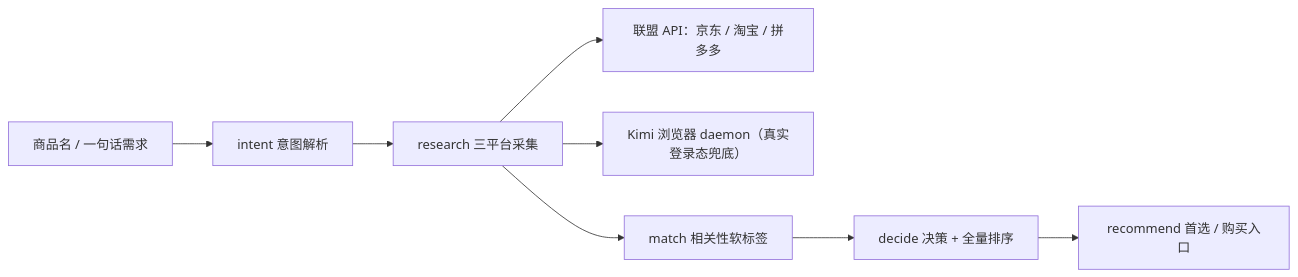
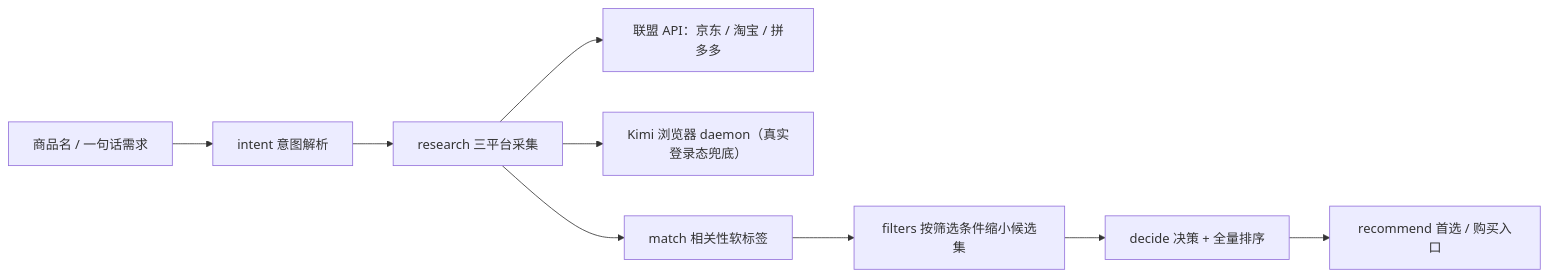
Before and after one commit to david-dev666/shopping-agent: the diagram in README.md, drawn with Mermaid. The commit also changed other lines of this file and 22 other files, not shown here.

````diff
--- a/README.md
+++ b/README.md
@@ -27,10 +31,11 @@
 ```mermaid
 flowchart LR
     Q["商品名 / 一句话需求"] --> I["intent 意图解析"]
     I --> R["research 三平台采集"]
     R --> A1["联盟 API：京东 / 淘宝 / 拼多多"]
     R --> A2["Kimi 浏览器 daemon（真实登录态兜底）"]
     R --> M["match 相关性软标签"]
-    M --> D["decide 决策 + 全量排序"]
+    M --> F["filters 按筛选条件缩小候选集"]
+    F --> D["decide 决策 + 全量排序"]
     D --> C["recommend 首选 / 购买入口"]
 ```
````
